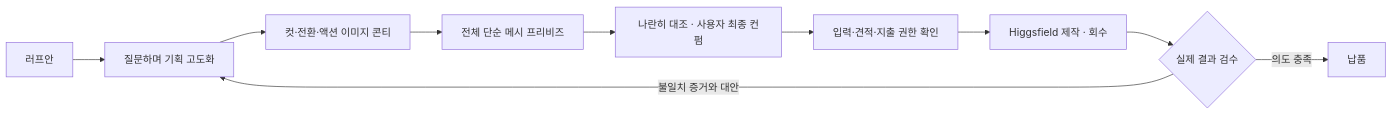
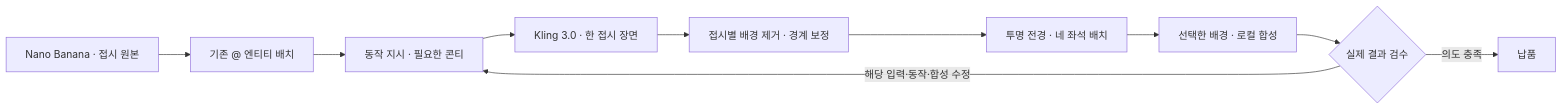
One commit to yc9954/vfx-skills changed the first of 2 diagrams in README.md. Above: the diagram before and after it, drawn with Mermaid. The commit also changed other lines of this file and 35 other files, not shown here.

````diff
--- a/README.md
+++ b/README.md
@@ -182,12 +182,12 @@
 ```mermaid
 flowchart LR
-    A[러프안] --> B[질문하며 기획 고도화]
-    B --> C[컷·전환·액션 이미지 콘티]
-    C --> D[전체 단순 메시 프리비즈]
-    D --> E[나란히 대조 · 사용자 최종 컨펌]
-    E --> F[입력·견적·지출 권한 확인]
-    F --> G[Higgsfield 제작 · 회수]
-    G --> H{실제 결과 검수}
-    H -->|의도 충족| I[납품]
-    H -->|불일치 증거와 대안| B
+    A["Nano Banana · 접시 원본"] --> B["기존 @ 엔티티 배치"]
+    B --> C["동작 지시 · 필요한 콘티"]
+    C --> D["Kling 3.0 · 한 접시 장면"]
+    D --> R["접시별 배경 제거 · 경계 보정"]
+    R --> E["투명 전경 · 네 좌석 배치"]
+    E --> F["선택한 배경 · 로컬 합성"]
+    F --> G{실제 결과 검수}
+    G -->|의도 충족| H[납품]
+    G -->|해당 입력·동작·합성 수정| C
 ```
````
